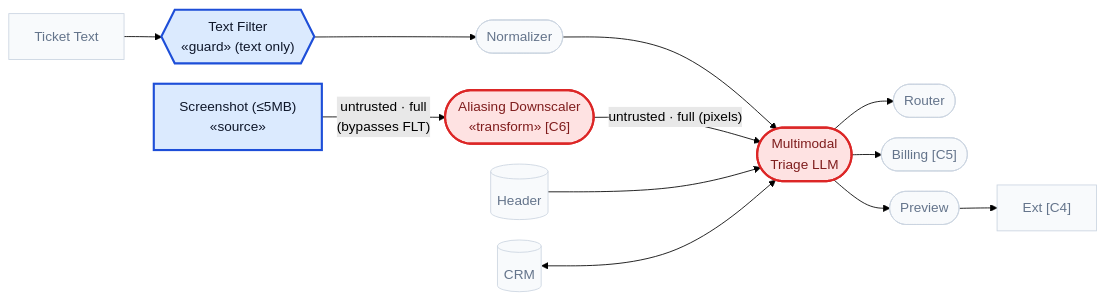
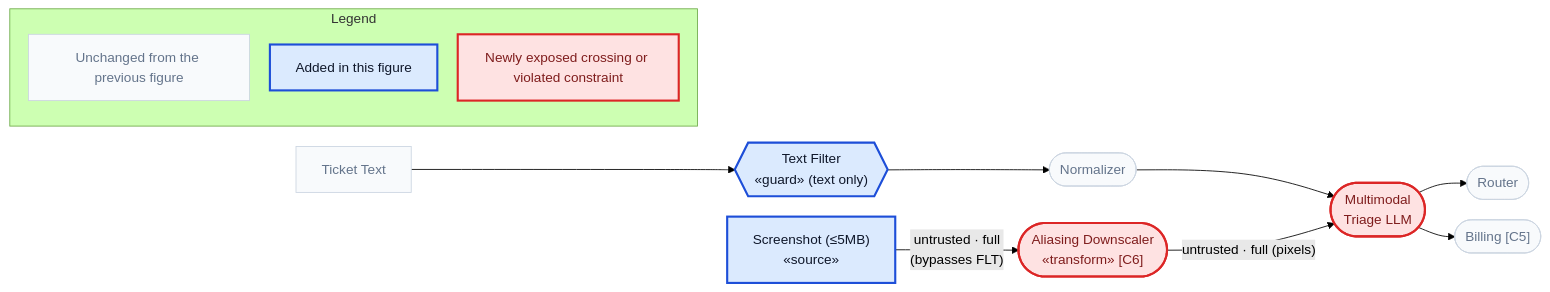
Before and after one commit to cosai-oasis/ws4-secure-design-agentic-systems: diagram 17 of 24 in whitepapers/modality_agnostic_taxonomy.md, drawn with Mermaid (forest theme). The commit also changed other lines of this file, not shown here.

````diff
--- a/whitepapers/modality_agnostic_taxonomy.md
+++ b/whitepapers/modality_agnostic_taxonomy.md
@@ -387,17 +859,19 @@
 ```mermaid
 %%{init: {"flowchart": {"nodeSpacing": 24, "rankSpacing": 35}}}%%
 flowchart LR
     TKT["Ticket Text"]:::muted --> FLT{{"Text Filter<br/>«guard» (text only)"}}:::added --> NRM(["Normalizer"]):::muted --> LLM(["Multimodal<br/>Triage LLM"]):::exposed
     IMG["Screenshot (≤5MB)<br/>«source»"]:::added -- "untrusted · full<br/>(bypasses FLT)" --> DSC(["Aliasing Downscaler<br/>«transform» [C6]"]):::exposed
     DSC -- "untrusted · full (pixels)" --> LLM
 
-    HDR[("Header")]:::muted --> LLM
-    CRM[("CRM")]:::muted <--> LLM
     LLM --> RTR(["Router"]):::muted
     LLM --> BIL(["Billing [C5]"]):::muted
-    LLM --> PRV(["Preview"]):::muted --> USR["Ext [C4]"]:::muted
 
+    subgraph KEY["Legend"]
+        KEY_muted["Unchanged from the previous figure"]:::muted
+        KEY_added["Added in this figure"]:::added
+        KEY_exposed["Newly exposed crossing or violated constraint"]:::exposed
+    end
     classDef muted fill:#f8fafc,stroke:#cbd5e1,stroke-width:1px,color:#64748b
     classDef added fill:#dbeafe,stroke:#1d4ed8,stroke-width:2.5px,color:#0f172a
     classDef exposed fill:#fee2e2,stroke:#dc2626,stroke-width:2.5px,color:#7f1d1d
 ```
````
